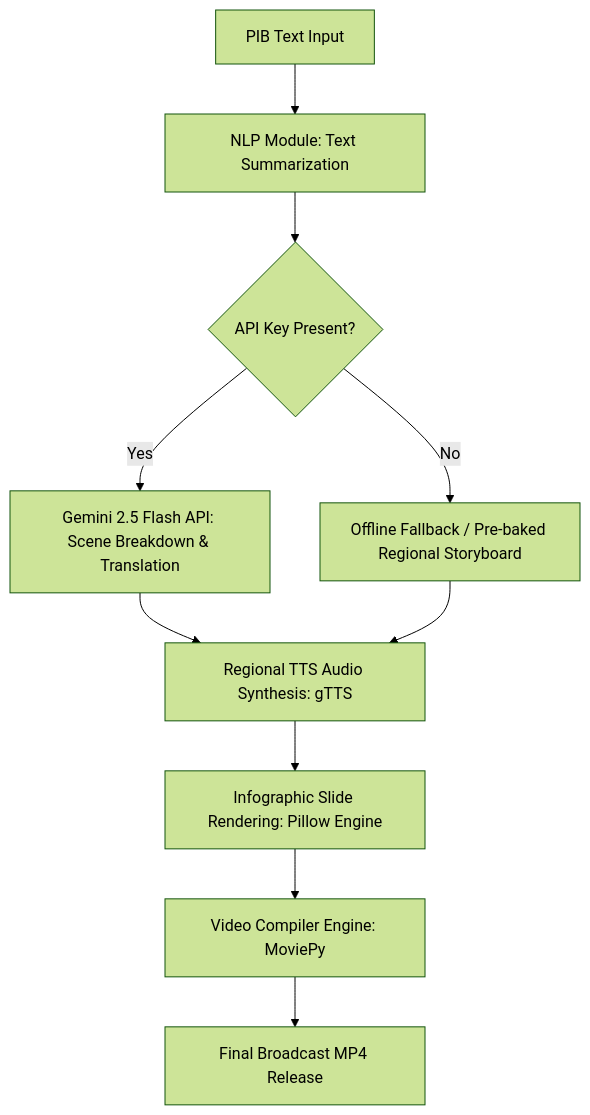
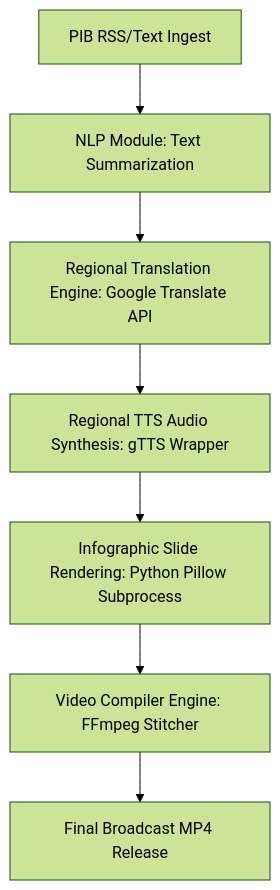
The diagram in README.md (raghavendra2006/text-to-video), drawn with Mermaid (forest theme) before and after one commit. The commit also changed other lines of this file, not shown here.

Commit message:
docs: Update README.md to reflect full-stack Node.js + React architecture

````diff
--- a/README.md
+++ b/README.md
@@ -29,12 +31,9 @@
 ```mermaid
 graph TD
-    A[PIB Text Input] --> B[NLP Module: Text Summarization]
-    B --> C{API Key Present?}
-    C -- Yes --> D[Gemini 2.5 Flash API: Scene Breakdown & Translation]
-    C -- No --> E[Offline Fallback / Pre-baked Regional Storyboard]
-    D --> F[Regional TTS Audio Synthesis: gTTS]
-    E --> F
-    F --> G[Infographic Slide Rendering: Pillow Engine]
-    G --> H[Video Compiler Engine: MoviePy]
-    H --> I[Final Broadcast MP4 Release]
+    A[PIB RSS/Text Ingest] --> B[NLP Module: Text Summarization]
+    B --> C[Regional Translation Engine: Google Translate API]
+    C --> D[Regional TTS Audio Synthesis: gTTS Wrapper]
+    D --> E[Infographic Slide Rendering: Python Pillow Subprocess]
+    E --> F[Video Compiler Engine: FFmpeg Stitcher]
+    F --> G[Final Broadcast MP4 Release]
 ```
````
